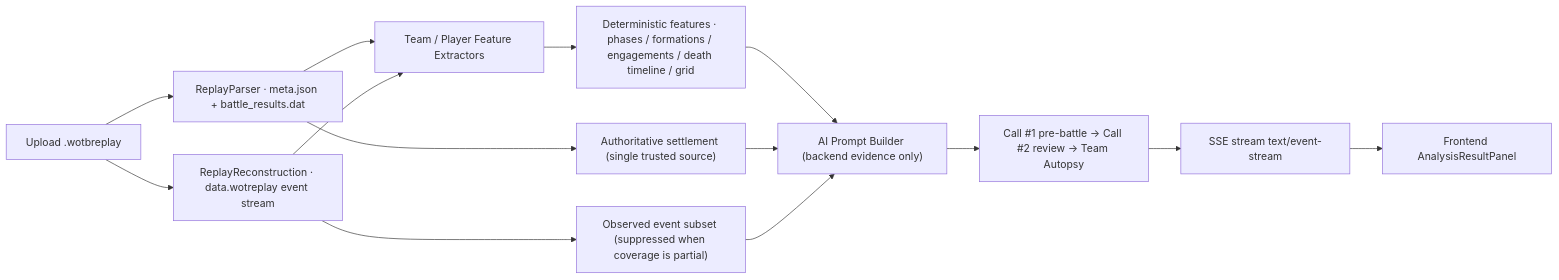
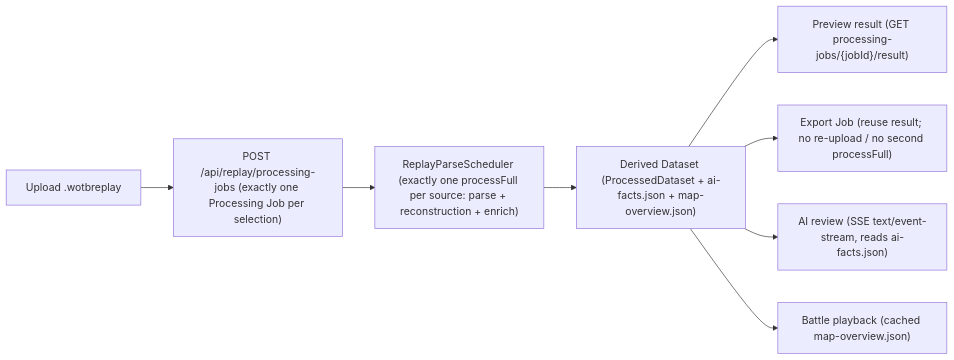
The diagram in README.en-US.md (A158Coke/WotbTools), drawn with Mermaid before and after one commit. The commit also changed other lines of this file and 4 other files, not shown here.

````diff
--- a/README.en-US.md
+++ b/README.en-US.md
@@ -17,16 +17,10 @@
 ```mermaid
 flowchart LR
-    A["Upload .wotbreplay"] --> B["ReplayParser · meta.json + battle_results.dat"]
-    A --> C["ReplayReconstruction · data.wotreplay event stream"]
-    B --> D["Team / Player Feature Extractors"]
-    C --> D
-    D --> E["Deterministic features · phases / formations / engagements / death timeline / grid"]
-    B --> F["Authoritative settlement (single trusted source)"]
-    C --> G["Observed event subset (suppressed when coverage is partial)"]
-    E --> H["AI Prompt Builder (backend evidence only)"]
-    F --> H
-    G --> H
-    H --> I["Call #1 pre-battle → Call #2 review → Team Autopsy"]
-    I --> J["SSE stream text/event-stream"]
-    J --> K["Frontend AnalysisResultPanel"]
+    A["Upload .wotbreplay"] --> B["POST /api/replay/processing-jobs (exactly one Processing Job per selection)"]
+    B --> C["ReplayParseScheduler (exactly one processFull per source: parse + reconstruction + enrich)"]
+    C --> D["Derived Dataset (ProcessedDataset + ai-facts.json + map-overview.json)"]
+    D --> E["Preview result (GET processing-jobs/{jobId}/result)"]
+    D --> F["Export Job (reuse result; no re-upload / no second processFull)"]
+    D --> G["AI review (SSE text/event-stream, reads ai-facts.json)"]
+    D --> H["Battle playback (cached map-overview.json)"]
 ```
````
